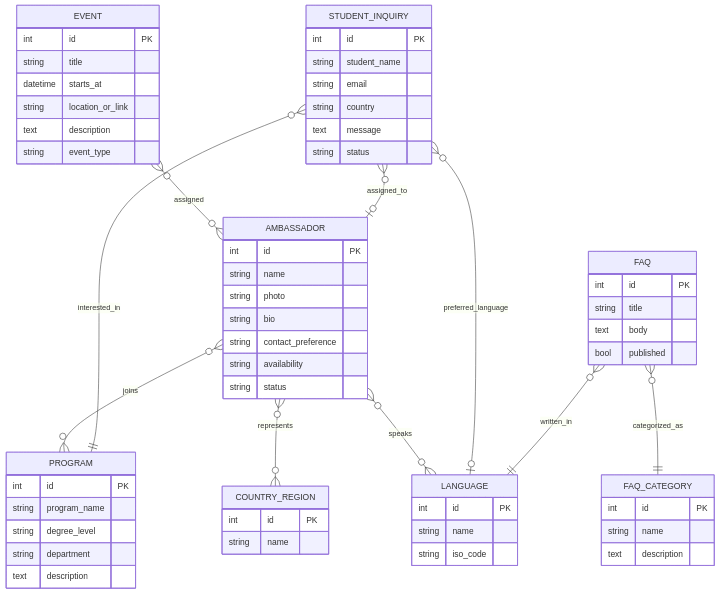
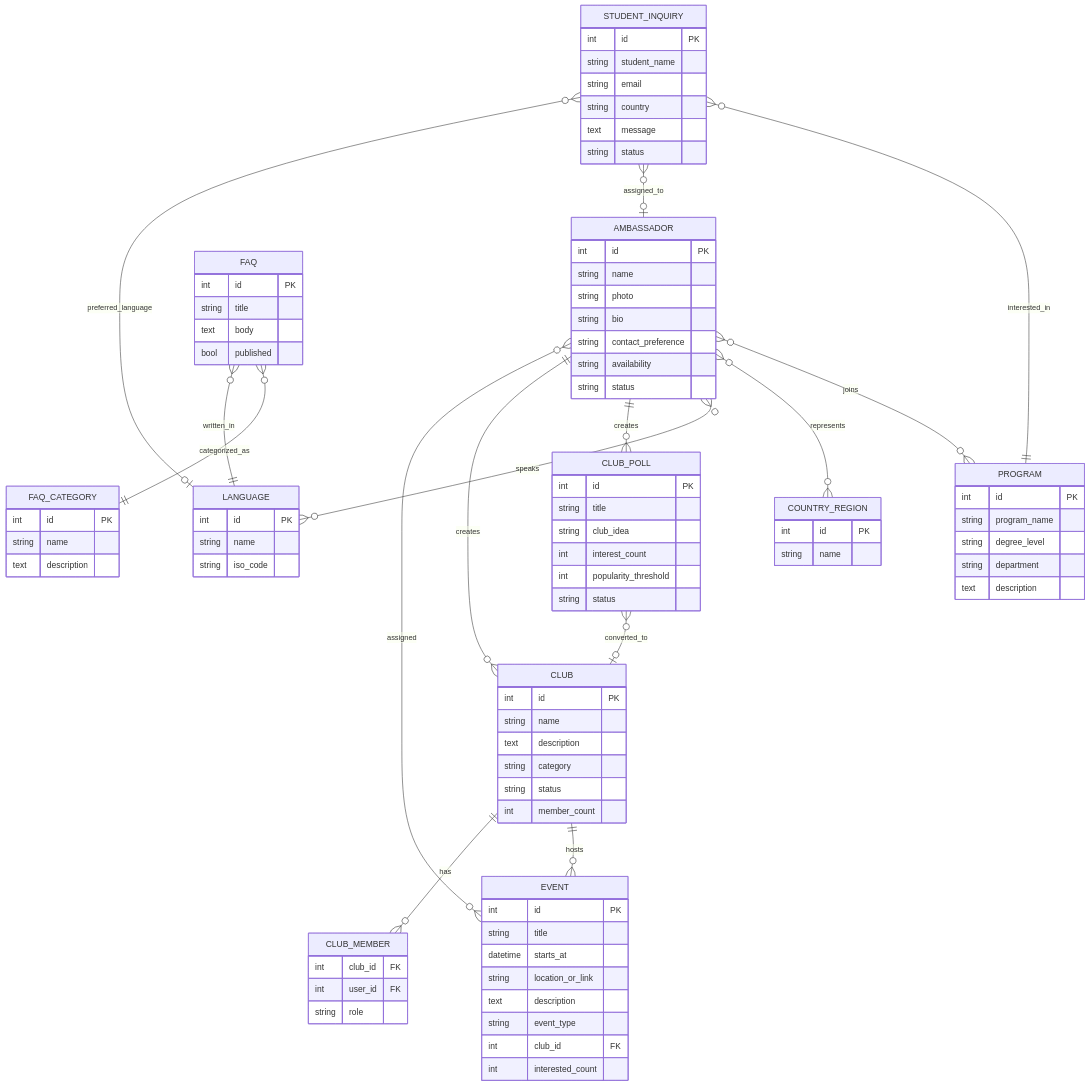
One commit to WeebPapi/srh-ambassador-joomla-fabrik changed the diagram in docs/er-model.md. Above: the diagram before and after it, drawn with Mermaid. The commit also changed other lines of this file and 10 other files, not shown here.

```diff
--- a/docs/er-model.md
+++ b/docs/er-model.md
@@ -34,6 +34,29 @@
     string location_or_link
     text description
     string event_type
+    int club_id FK
+    int interested_count
+  }
+  CLUB_POLL {
+    int id PK
+    string title
+    string club_idea
+    int interest_count
+    int popularity_threshold
+    string status
+  }
+  CLUB {
+    int id PK
+    string name
+    text description
+    string category
+    string status
+    int member_count
+  }
+  CLUB_MEMBER {
+    int club_id FK
+    int user_id FK
+    string role
   }
   STUDENT_INQUIRY {
     int id PK
@@ -59,6 +82,11 @@
   AMBASSADOR }o--o{ COUNTRY_REGION : represents
   AMBASSADOR }o--o{ LANGUAGE : speaks
   EVENT }o--o{ AMBASSADOR : assigned
+  CLUB ||--o{ EVENT : hosts
+  CLUB_POLL }o--o| CLUB : converted_to
+  AMBASSADOR ||--o{ CLUB_POLL : creates
+  AMBASSADOR ||--o{ CLUB : creates
+  CLUB ||--o{ CLUB_MEMBER : has
   STUDENT_INQUIRY }o--|| PROGRAM : interested_in
   STUDENT_INQUIRY }o--o| AMBASSADOR : assigned_to
   STUDENT_INQUIRY }o--o| LANGUAGE : preferred_language
```
